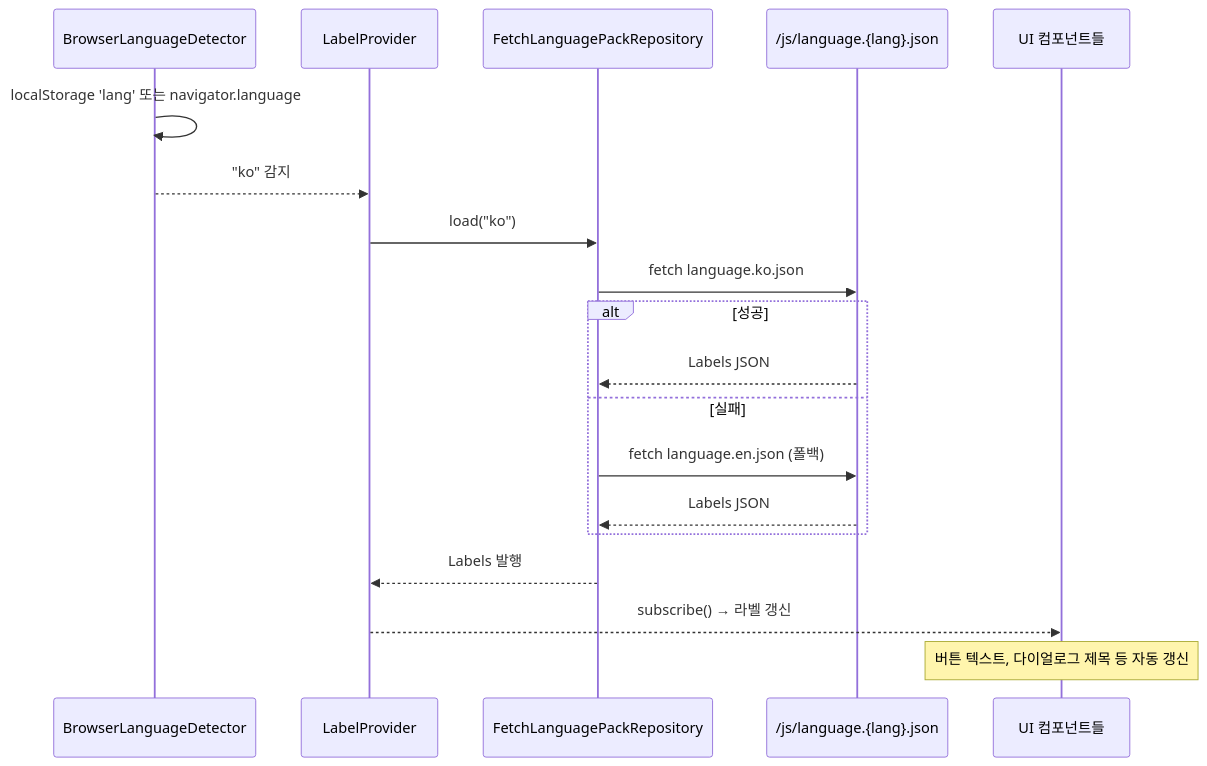
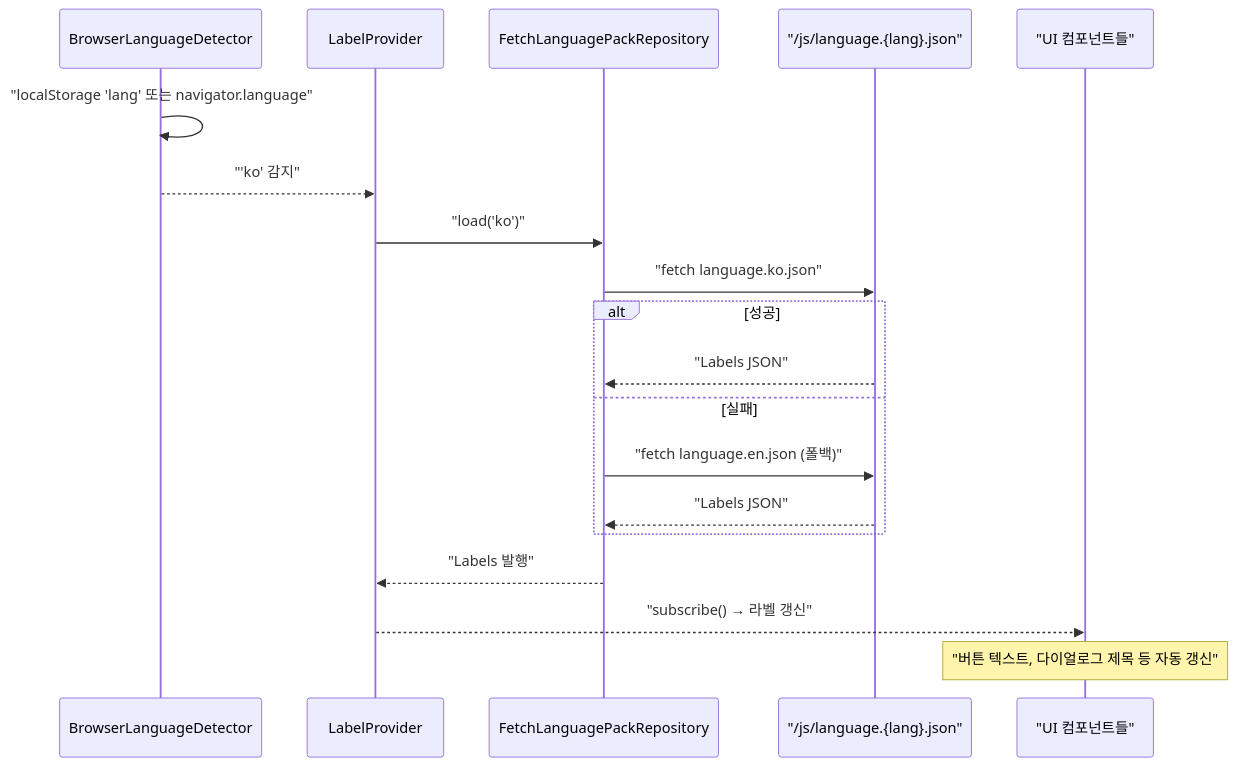
One commit to sayaya1090/handbook changed the sixth of 7 diagrams in shell-ui/USECASE.md. Above: the diagram before and after it, drawn with Mermaid. The commit also changed other lines of this file and 22 other files, not shown here.

First line of the commit message:
docs: Mermaid 다이어그램 렌더링 오류 수정을 위한 구문 전수 교정

````diff
--- a/shell-ui/USECASE.md
+++ b/shell-ui/USECASE.md
@@ -121,22 +121,22 @@
 ```mermaid
 sequenceDiagram
     participant BD as BrowserLanguageDetector
     participant LP as LabelProvider
     participant FR as FetchLanguagePackRepository
-    participant Server as /js/language.{lang}.json
-    participant UI as UI 컴포넌트들
+    participant Server as "/js/language.{lang}.json"
+    participant UI as "UI 컴포넌트들"
 
-    BD->>BD: localStorage 'lang' 또는 navigator.language
-    BD-->>LP: "ko" 감지
-    LP->>FR: load("ko")
-    FR->>Server: fetch language.ko.json
+    BD->>BD: "localStorage 'lang' 또는 navigator.language"
+    BD-->>LP: "'ko' 감지"
+    LP->>FR: "load('ko')"
+    FR->>Server: "fetch language.ko.json"
     alt 성공
-        Server-->>FR: Labels JSON
+        Server-->>FR: "Labels JSON"
     else 실패
-        FR->>Server: fetch language.en.json (폴백)
-        Server-->>FR: Labels JSON
+        FR->>Server: "fetch language.en.json (폴백)"
+        Server-->>FR: "Labels JSON"
     end
-    FR-->>LP: Labels 발행
-    LP-->>UI: subscribe() → 라벨 갱신
-    Note over UI: 버튼 텍스트, 다이얼로그 제목 등 자동 갱신
+    FR-->>LP: "Labels 발행"
+    LP-->>UI: "subscribe() → 라벨 갱신"
+    Note over UI: "버튼 텍스트, 다이얼로그 제목 등 자동 갱신"
 ```
````
